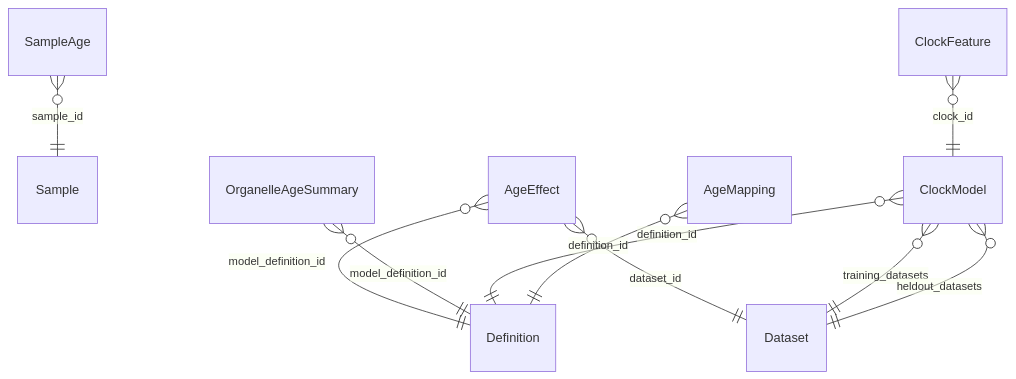
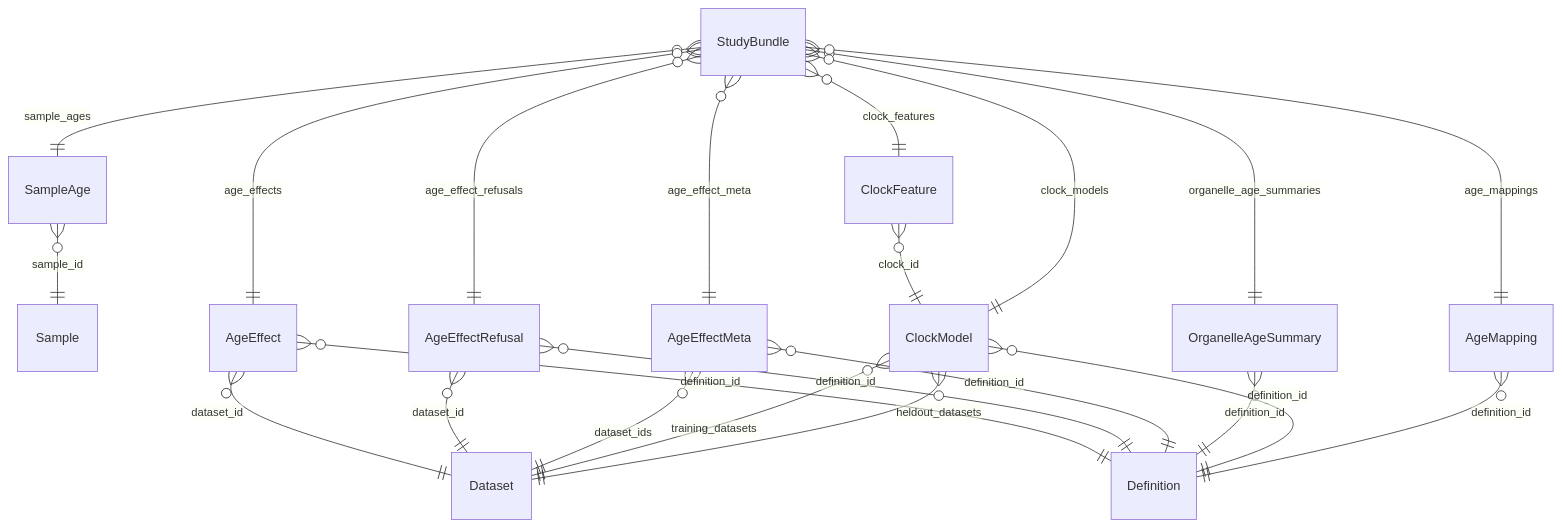
The diagram in docs/schema/study-aging.md (trishorts/dataRepo), drawn with Mermaid before and after one commit. The commit also changed other lines of this file and 15 other files, not shown here.

````diff
--- a/docs/schema/study-aging.md
+++ b/docs/schema/study-aging.md
@@ -24,12 +27,24 @@
 ```mermaid
 erDiagram
     SampleAge }o--|| Sample : "sample_id"
     AgeEffect }o--|| Dataset : "dataset_id"
-    AgeEffect }o--|| Definition : "model_definition_id"
-    OrganelleAgeSummary }o--|| Definition : "model_definition_id"
+    AgeEffect }o--|| Definition : "definition_id"
+    AgeEffectRefusal }o--|| Dataset : "dataset_id"
+    AgeEffectRefusal }o--|| Definition : "definition_id"
+    AgeEffectMeta }o--|| Dataset : "dataset_ids"
+    AgeEffectMeta }o--|| Definition : "definition_id"
+    OrganelleAgeSummary }o--|| Definition : "definition_id"
     ClockModel }o--|| Definition : "definition_id"
     ClockModel }o--|| Dataset : "training_datasets"
     ClockModel }o--|| Dataset : "heldout_datasets"
     ClockFeature }o--|| ClockModel : "clock_id"
     AgeMapping }o--|| Definition : "definition_id"
+    StudyBundle }o--|| SampleAge : "sample_ages"
+    StudyBundle }o--|| AgeEffect : "age_effects"
+    StudyBundle }o--|| AgeEffectRefusal : "age_effect_refusals"
+    StudyBundle }o--|| AgeEffectMeta : "age_effect_meta"
+    StudyBundle }o--|| OrganelleAgeSummary : "organelle_age_summaries"
+    StudyBundle }o--|| ClockModel : "clock_models"
+    StudyBundle }o--|| ClockFeature : "clock_features"
+    StudyBundle }o--|| AgeMapping : "age_mappings"
 ```
````
